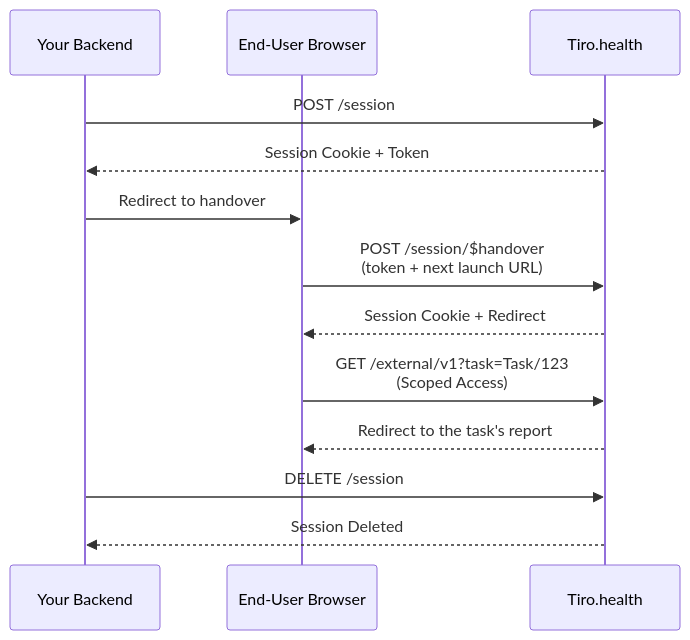
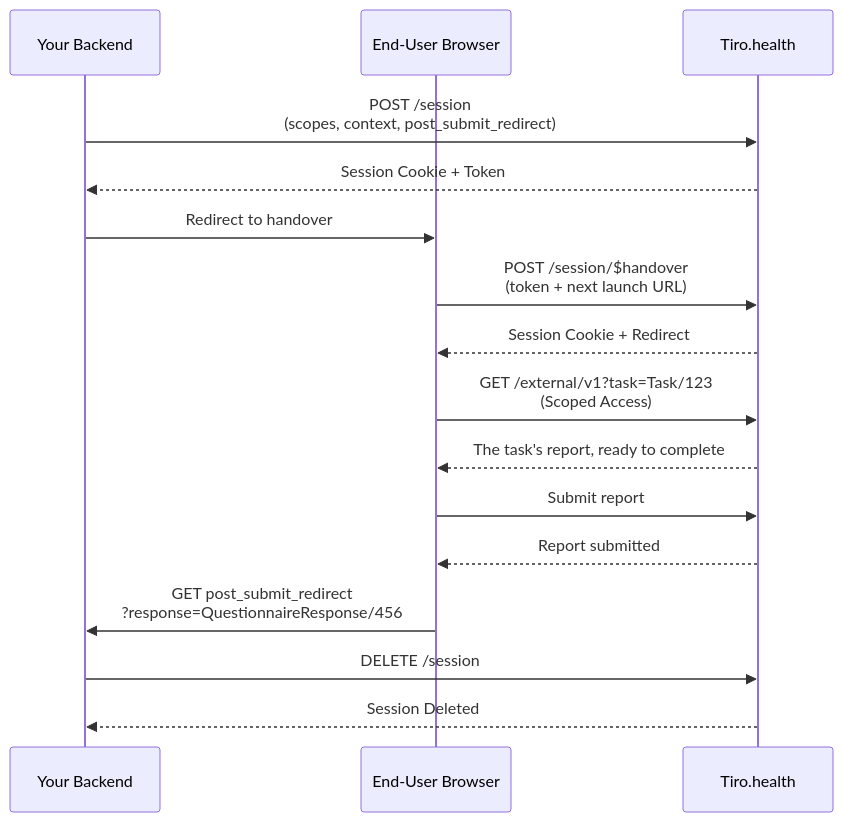
Before and after one commit to Tiro-health/atticus-docs: the diagram in src/app/api/session-management/page.mdx, drawn with Mermaid. The commit also changed other lines of this file and 1 other file, not shown here.

First line of the commit message:
docs: show the return trip to the integrator's system in the session flow

````diff
--- a/src/app/api/session-management/page.mdx
+++ b/src/app/api/session-management/page.mdx
@@ -54,16 +55,19 @@
 ```mermaid
 sequenceDiagram
     participant Backend as Your Backend
     participant Browser as End-User Browser
     participant Tiro as Tiro.health
 
-    Backend->>Tiro: POST /session
+    Backend->>Tiro: POST /session<br/>(scopes, context, post_submit_redirect)
     Tiro-->>Backend: Session Cookie + Token
     Backend->>Browser: Redirect to handover
     Browser->>Tiro: POST /session/$handover<br/>(token + next launch URL)
     Tiro-->>Browser: Session Cookie + Redirect
     Browser->>Tiro: GET /external/v1?task=Task/123<br/>(Scoped Access)
-    Tiro-->>Browser: Redirect to the task's report
+    Tiro-->>Browser: The task's report, ready to complete
+    Browser->>Tiro: Submit report
+    Tiro-->>Browser: Report submitted
+    Browser->>Backend: GET post_submit_redirect<br/>?response=QuestionnaireResponse/456
     Backend->>Tiro: DELETE /session
     Tiro-->>Backend: Session Deleted
 ```
````
